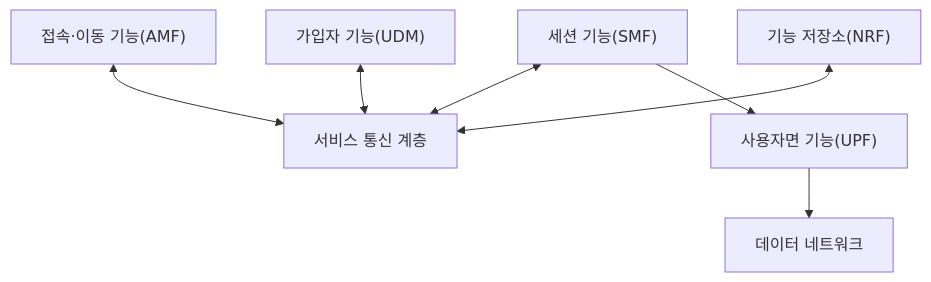
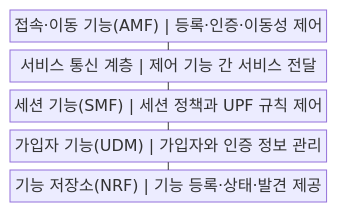
The first of 2 diagrams in src/content/docs/notes/04-network/038_5g_core_sba.md (agnusdei1207/knowledge-base), drawn with Mermaid before and after one commit. The commit also changed other lines of this file and 20 other files, not shown here.

````diff
--- a/src/content/docs/notes/04-network/038_5g_core_sba.md
+++ b/src/content/docs/notes/04-network/038_5g_core_sba.md
@@ -50,9 +50,13 @@
 ```mermaid
-flowchart TB
-  A["접속·이동 기능(AMF)"] <--> B["서비스 통신 계층"]
-  S["세션 기능(SMF)"] <--> B
-  D["가입자 기능(UDM)"] <--> B
-  R["기능 저장소(NRF)"] <--> B
-  S --> U["사용자면 기능(UPF)"]
-  U --> N["데이터 네트워크"]
+block
+    columns 1
+    A["접속·이동 기능(AMF) | 등록·인증·이동성 제어"]
+    B["서비스 통신 계층 | 제어 기능 간 서비스 전달"]
+    C["세션 기능(SMF) | 세션 정책과 UPF 규칙 제어"]
+    D["가입자 기능(UDM) | 가입자와 인증 정보 관리"]
+    E["기능 저장소(NRF) | 기능 등록·상태·발견 제공"]
+    A --- B
+    B --- C
+    C --- D
+    D --- E
 ```
````
